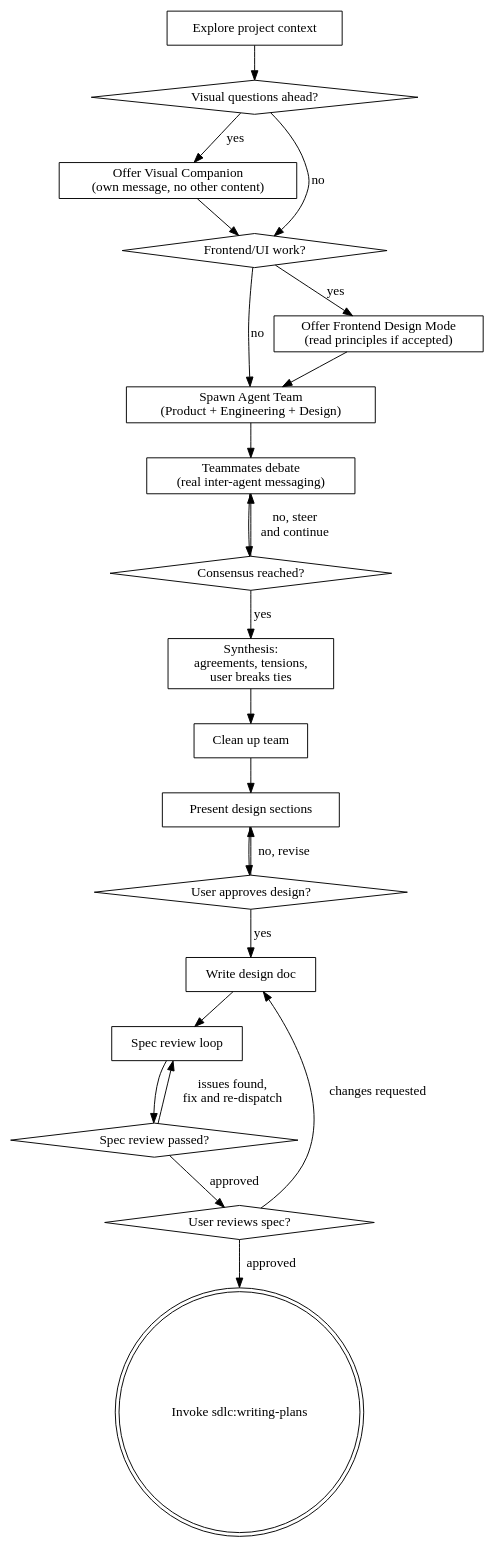
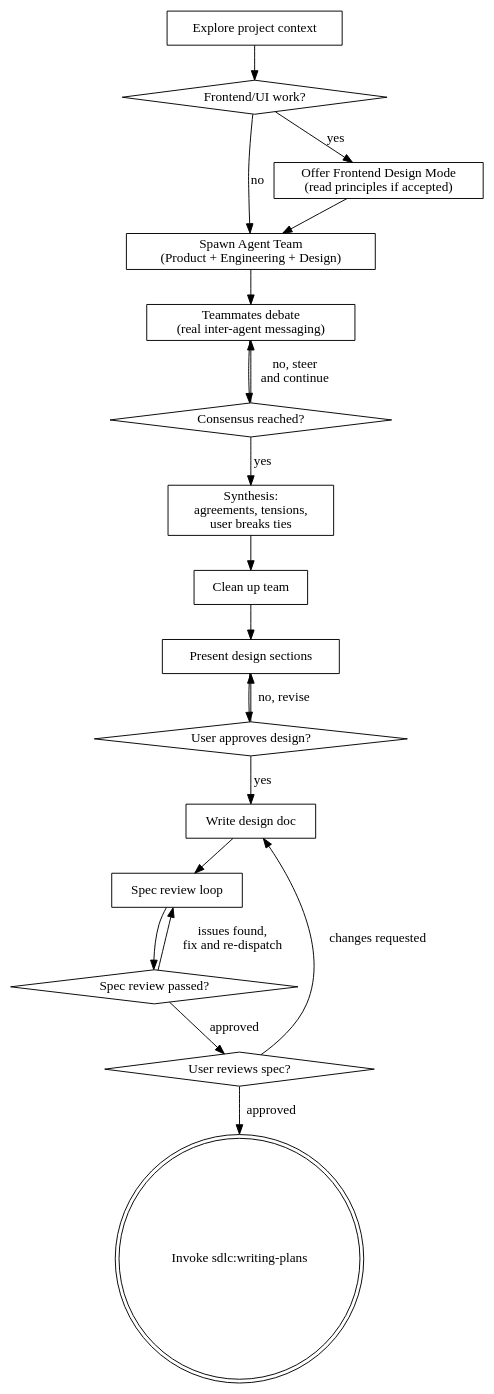
One commit to jerrod/axr changed the diagram in plugins/sdlc/skills/brainstorm/SKILL.md. Above: the diagram before and after it, drawn with Graphviz. The commit also changed other lines of this file and 6 other files, not shown here.

First line of the commit message:
refactor(sdlc/brainstorm): remove visual-companion sub-feature

````diff
--- a/plugins/sdlc/skills/brainstorm/SKILL.md
+++ b/plugins/sdlc/skills/brainstorm/SKILL.md
@@ -52,45 +51,40 @@
 ```dot
 digraph brainstorming {
     "Explore project context" [shape=box];
-    "Visual questions ahead?" [shape=diamond];
-    "Offer Visual Companion\n(own message, no other content)" [shape=box];
     "Spawn Agent Team\n(Product + Engineering + Design)" [shape=box];
     "Teammates debate\n(real inter-agent messaging)" [shape=box];
     "Consensus reached?" [shape=diamond];
     "Synthesis:\nagreements, tensions,\nuser breaks ties" [shape=box];
     "Clean up team" [shape=box];
     "Present design sections" [shape=box];
     "User approves design?" [shape=diamond];
     "Write design doc" [shape=box];
     "Spec review loop" [shape=box];
     "Spec review passed?" [shape=diamond];
     "User reviews spec?" [shape=diamond];
     "Invoke sdlc:writing-plans" [shape=doublecircle];
 
-    "Explore project context" -> "Visual questions ahead?";
-    "Visual questions ahead?" -> "Offer Visual Companion\n(own message, no other content)" [label="yes"];
     "Frontend/UI work?" [shape=diamond];
     "Offer Frontend Design Mode\n(read principles if accepted)" [shape=box];
 
-    "Visual questions ahead?" -> "Frontend/UI work?" [label="no"];
-    "Offer Visual Companion\n(own message, no other content)" -> "Frontend/UI work?";
+    "Explore project context" -> "Frontend/UI work?";
     "Frontend/UI work?" -> "Offer Frontend Design Mode\n(read principles if accepted)" [label="yes"];
     "Frontend/UI work?" -> "Spawn Agent Team\n(Product + Engineering + Design)" [label="no"];
     "Offer Frontend Design Mode\n(read principles if accepted)" -> "Spawn Agent Team\n(Product + Engineering + Design)";
     "Spawn Agent Team\n(Product + Engineering + Design)" -> "Teammates debate\n(real inter-agent messaging)";
     "Teammates debate\n(real inter-agent messaging)" -> "Consensus reached?";
     "Consensus reached?" -> "Teammates debate\n(real inter-agent messaging)" [label="no, steer\nand continue"];
     "Consensus reached?" -> "Synthesis:\nagreements, tensions,\nuser breaks ties" [label="yes"];
     "Synthesis:\nagreements, tensions,\nuser breaks ties" -> "Clean up team";
     "Clean up team" -> "Present design sections";
     "Present design sections" -> "User approves design?";
     "User approves design?" -> "Present design sections" [label="no, revise"];
     "User approves design?" -> "Write design doc" [label="yes"];
     "Write design doc" -> "Spec review loop";
     "Spec review loop" -> "Spec review passed?";
     "Spec review passed?" -> "Spec review loop" [label="issues found,\nfix and re-dispatch"];
     "Spec review passed?" -> "User reviews spec?" [label="approved"];
     "User reviews spec?" -> "Write design doc" [label="changes requested"];
     "User reviews spec?" -> "Invoke sdlc:writing-plans" [label="approved"];
 }
 ```
````
